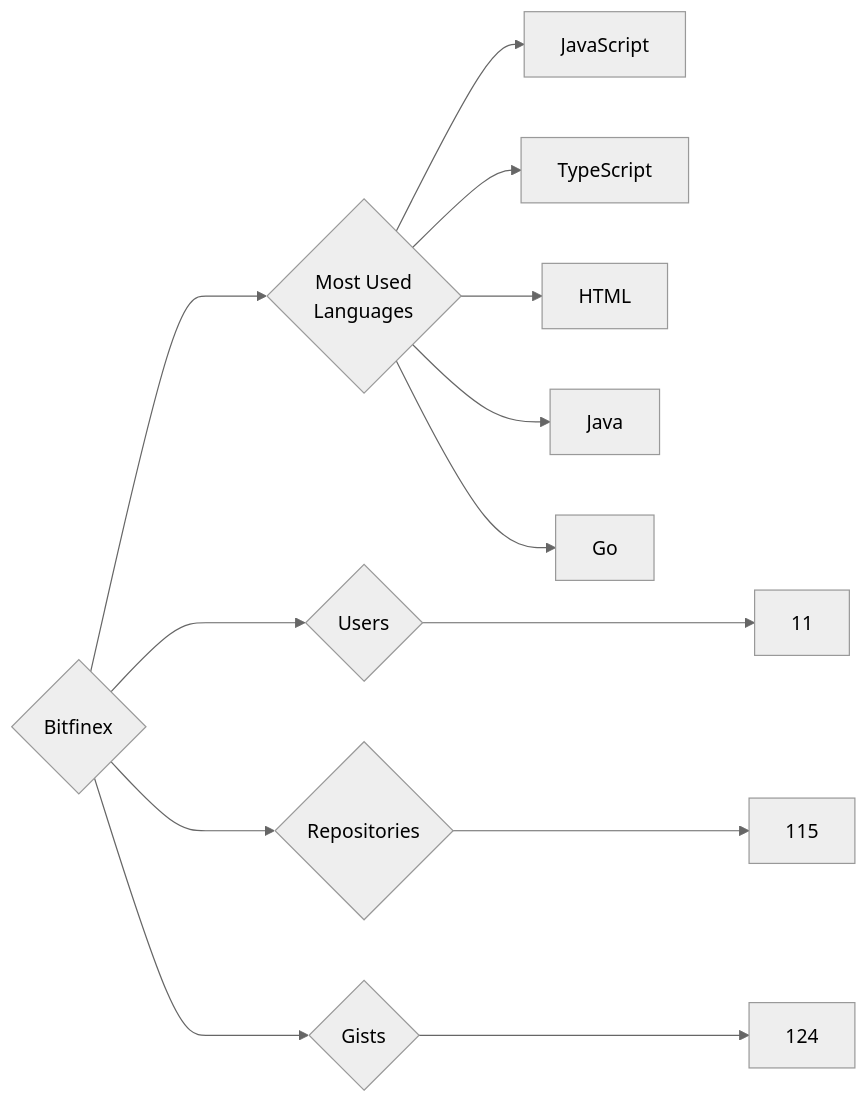
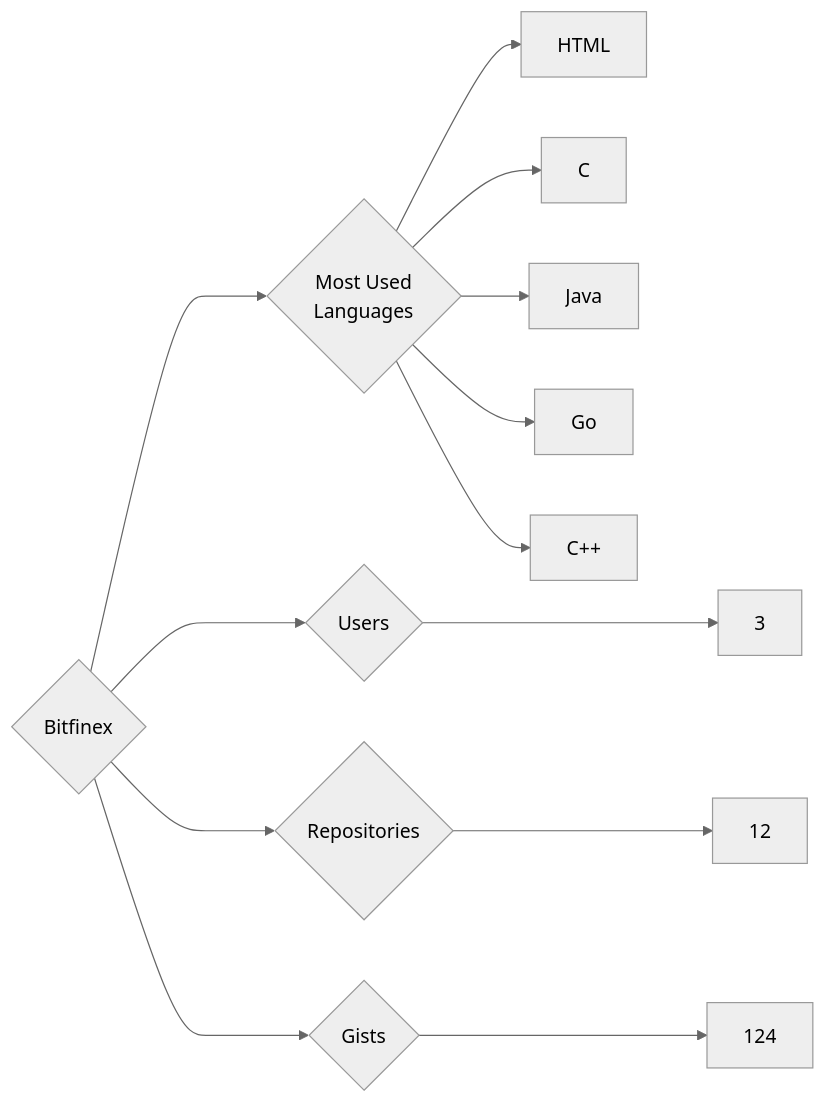
The diagram in targets/Bitfinex/README.md (trickest/insiders), drawn with Mermaid (neutral theme) before and after one commit. The commit also changed 745 other files, not shown here.

````diff
--- a/targets/Bitfinex/README.md
+++ b/targets/Bitfinex/README.md
@@ -3,13 +3,13 @@
 ```mermaid
 graph LR
 COMPANY_NAME{Bitfinex}
-COMPANY_NAME ---> U{Users} ---> UN[11]
-COMPANY_NAME ---> R{Repositories} ---> RN[115]
+COMPANY_NAME ---> U{Users} ---> UN[3]
+COMPANY_NAME ---> R{Repositories} ---> RN[12]
 COMPANY_NAME ---> G{Gists} ---> GN[124]
 COMPANY_NAME ---> ML{Most Used<br>Languages}
-ML --> JavaScript[JavaScript]
-ML --> TypeScript[TypeScript]
 ML --> HTML[HTML]
+ML --> C[C]
 ML --> Java[Java]
 ML --> Go[Go]
+ML --> C++[C++]
 ```
````
